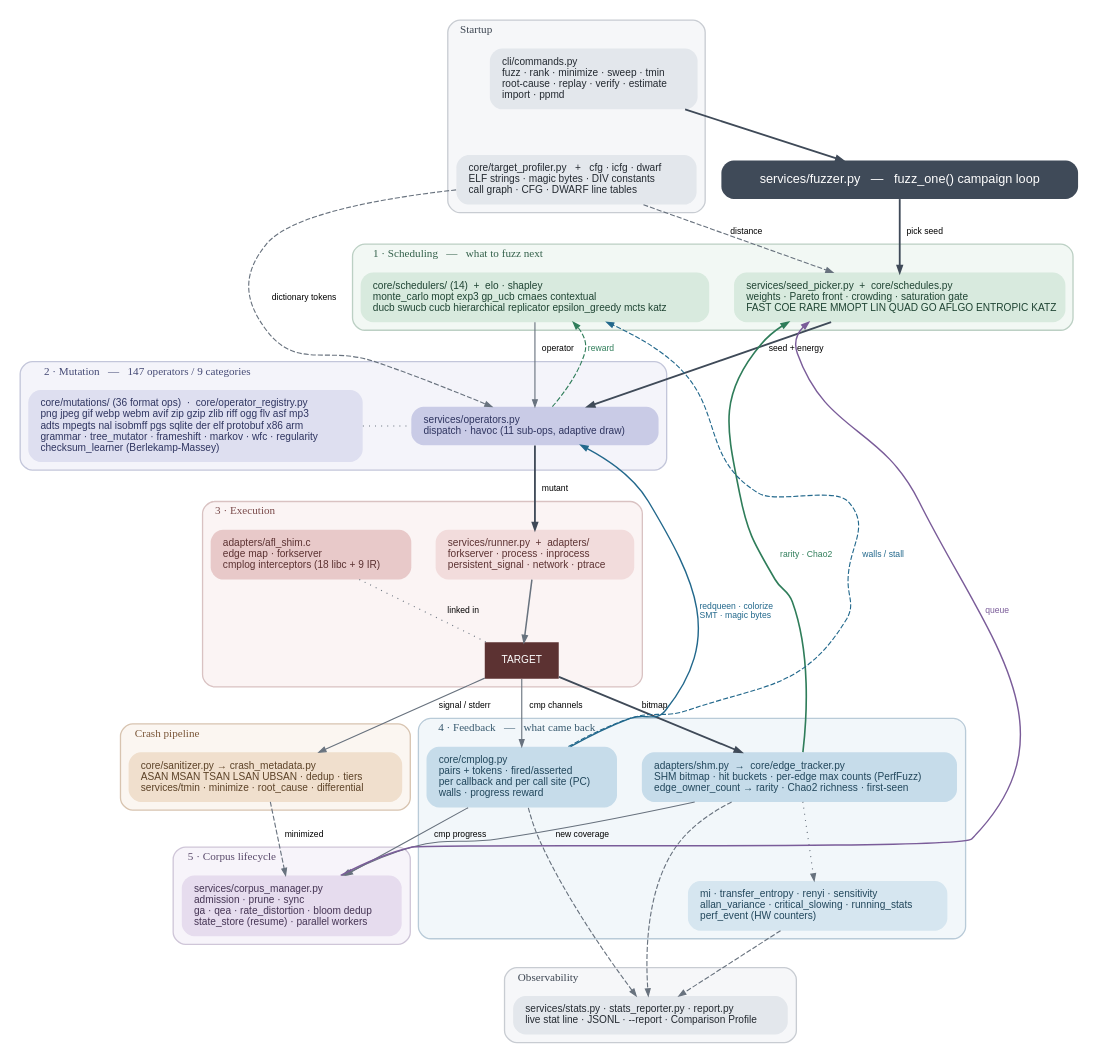
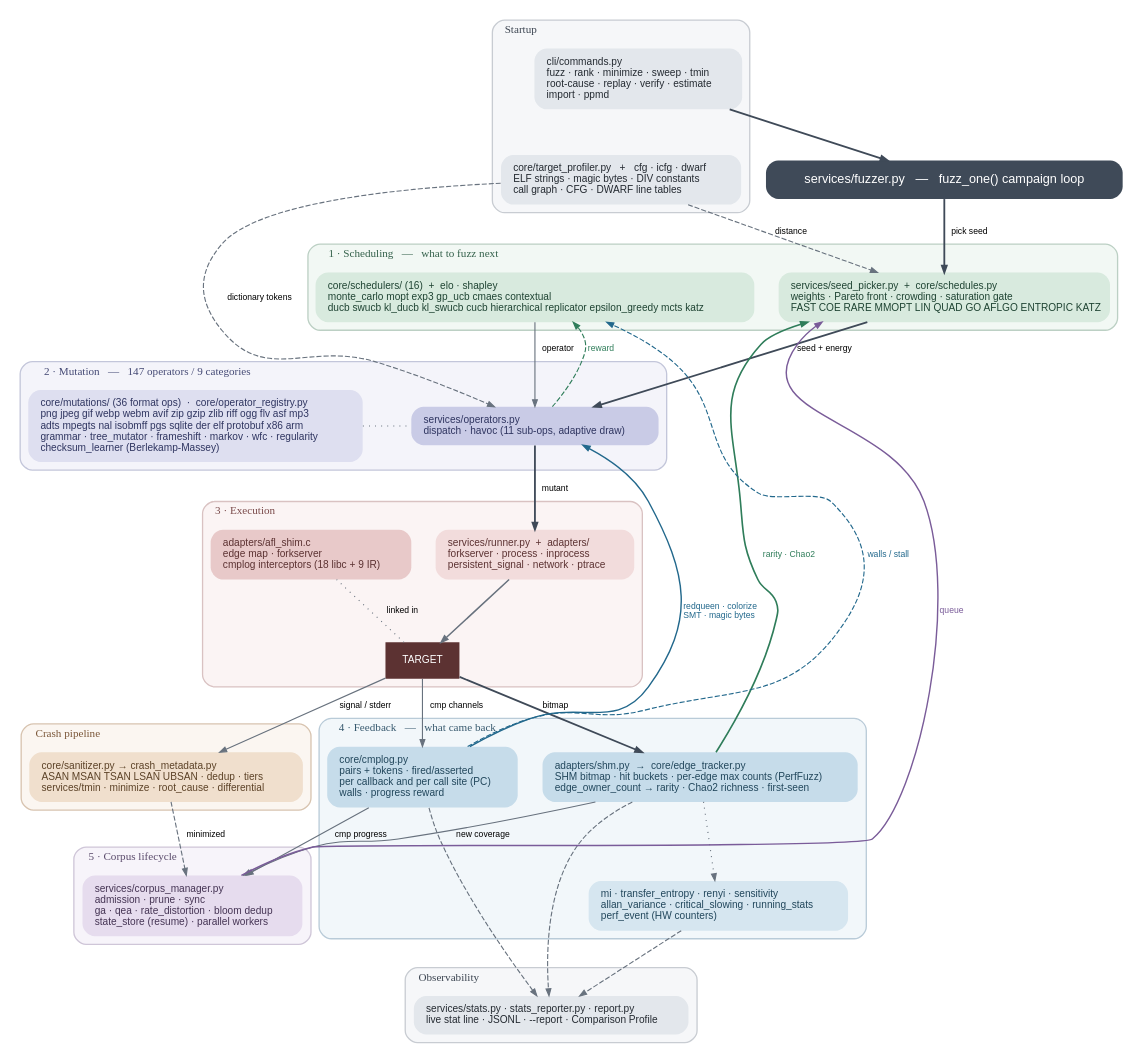
The diagram in docs/architecture.dot (daedalus/fuzzer), drawn with Graphviz before and after one commit. The commit also changed 18 other files, not shown here.

Commit message:
feat: promote KL-UCB to full peer schedulers (KL_DUCB, KL_SWUCB)

```diff
--- a/docs/architecture.dot
+++ b/docs/architecture.dot
@@ -1,162 +1,162 @@
 // fuzzer-tool subsystem architecture.
 //
 // Regenerate with:
 //   dot -Tpng -Gdpi=130 docs/architecture.dot -o docs/images/architecture.png
 //   dot -Tsvg            docs/architecture.dot -o docs/images/architecture.svg
 //
 // Node labels carry the real module paths under src/fuzzer_tool/, so the
 // diagram can be checked against the tree rather than trusted. Boxes are
 // subsystems, not files: a single box may cover several modules, and the
 // per-module detail lives in the README sections and docs/DEEP_DIVE.md.
 //
 // Reading order: the campaign loop runs down the dark spine -- pick a
 // seed, mutate it, execute it, measure what came back. The coloured edges
 // on the right are the return paths that close the loop:
 //   green  = coverage and reward feeding scheduling
 //   blue   = comparison signal feeding mutation and stall detection
 //   purple = corpus queue feeding seed selection
 
 digraph fuzzer_tool {
     rankdir=TB;
     compound=true;
     newrank=true;
     bgcolor="white";
     splines=spline;
     nodesep=0.34;
     ranksep=0.60;
 
     node [shape=box, style="rounded,filled", fontname="Helvetica",
           fontsize=10, margin="0.17,0.11", penwidth=0, color="#00000000"];
     edge [fontname="Helvetica", fontsize=8.5, color="#68727e",
           arrowsize=0.68, penwidth=1.1];
     graph [fontname="Helvetica Bold", fontsize=11,
            style="rounded,filled", penwidth=1.3, labeljust="l"];
 
     // ---------------------------------------------------------- startup
     subgraph cluster_start {
         label="Startup";
         color="#c8ccd2"; fillcolor="#f6f7f9"; fontcolor="#3c4551";
         cli [label="cli/commands.py\lfuzz · rank · minimize · sweep · tmin\lroot-cause · replay · verify · estimate\limport · ppmd\l",
              fillcolor="#e3e7ec", fontcolor="#242a31"];
         profiler [label="core/target_profiler.py   +   cfg · icfg · dwarf\lELF strings · magic bytes · DIV constants\lcall graph · CFG · DWARF line tables\l",
                   fillcolor="#e3e7ec", fontcolor="#242a31"];
     }
 
     fuzzer [label="services/fuzzer.py   —   fuzz_one() campaign loop",
             fillcolor="#3f4a58", fontcolor="white", fontsize=12.5,
             margin="0.28,0.16"];
 
     // ------------------------------------------------------- scheduling
     subgraph cluster_sched {
         label="1 · Scheduling   —   what to fuzz next";
         color="#bcd0c4"; fillcolor="#f2f8f4"; fontcolor="#33604a";
         picker [label="services/seed_picker.py  +  core/schedules.py\lweights · Pareto front · crowding · saturation gate\lFAST COE RARE MMOPT LIN QUAD GO AFLGO ENTROPIC KATZ\l",
                 fillcolor="#d8eade", fontcolor="#1f4433"];
-        bandit [label="core/schedulers/ (14)  +  elo · shapley\lmonte_carlo mopt exp3 gp_ucb cmaes contextual\lducb swucb cucb hierarchical replicator epsilon_greedy mcts katz\l",
+        bandit [label="core/schedulers/ (16)  +  elo · shapley\lmonte_carlo mopt exp3 gp_ucb cmaes contextual\lducb swucb kl_ducb kl_swucb cucb hierarchical replicator epsilon_greedy mcts katz\l",
                 fillcolor="#d8eade", fontcolor="#1f4433"];
     }
 
     // --------------------------------------------------------- mutation
     subgraph cluster_mut {
         label="2 · Mutation   —   147 operators / 9 categories";
         color="#c3c6da"; fillcolor="#f4f4fa"; fontcolor="#454a75";
         ops [label="services/operators.py\ldispatch · havoc (11 sub-ops, adaptive draw)\l",
              fillcolor="#c9cbe6", fontcolor="#2f3560"];
         lib [label="core/mutations/ (36 format ops)  ·  core/operator_registry.py\lpng jpeg gif webp webm avif zip gzip zlib riff ogg flv asf mp3\ladts mpegts nal isobmff pgs sqlite der elf protobuf x86 arm\lgrammar · tree_mutator · frameshift · markov · wfc · regularity\lchecksum_learner (Berlekamp-Massey)\l",
              fillcolor="#dedff0", fontcolor="#2f3560"];
     }
 
     // -------------------------------------------------------- execution
     subgraph cluster_exec {
         label="3 · Execution";
         color="#d9c2c2"; fillcolor="#fbf4f4"; fontcolor="#7a4a4a";
         runner [label="services/runner.py  +  adapters/\lforkserver · process · inprocess\lpersistent_signal · network · ptrace\l",
                 fillcolor="#f2dcdc", fontcolor="#5c3232"];
         shim [label="adapters/afl_shim.c\ledge map · forkserver\lcmplog interceptors (18 libc + 9 IR)\l",
               fillcolor="#e8c9c9", fontcolor="#5c3232"];
         target [label="TARGET", fillcolor="#5c3232", fontcolor="white",
                 shape=box, style="filled", margin="0.24,0.14"];
     }
 
     // --------------------------------------------------------- feedback
     subgraph cluster_fb {
         label="4 · Feedback   —   what came back";
         color="#b9cbd8"; fillcolor="#f2f7fa"; fontcolor="#37596e";
         cov [label="adapters/shm.py  →  core/edge_tracker.py\lSHM bitmap · hit buckets · per-edge max counts (PerfFuzz)\ledge_owner_count → rarity · Chao2 richness · first-seen\l",
              fillcolor="#c6dcea", fontcolor="#22475c"];
         cmplog [label="core/cmplog.py\lpairs + tokens · fired/asserted\lper callback and per call site (PC)\lwalls · progress reward\l",
                 fillcolor="#c6dcea", fontcolor="#22475c"];
         infoth [label="mi · transfer_entropy · renyi · sensitivity\lallan_variance · critical_slowing · running_stats\lperf_event (HW counters)\l",
                 fillcolor="#d6e6f0", fontcolor="#22475c"];
     }
 
     // ----------------------------------------------------------- sinks
     subgraph cluster_corpus {
         label="5 · Corpus lifecycle";
         color="#cfc6d8"; fillcolor="#f7f4fa"; fontcolor="#5a4a6b";
         corpus [label="services/corpus_manager.py\ladmission · prune · sync\lga · qea · rate_distortion · bloom dedup\lstate_store (resume) · parallel workers\l",
                 fillcolor="#e6dcee", fontcolor="#453454"];
     }
 
     subgraph cluster_crash {
         label="Crash pipeline";
         color="#d8c4b0"; fillcolor="#fbf6f1"; fontcolor="#7a5638";
         crash [label="core/sanitizer.py → crash_metadata.py\lASAN MSAN TSAN LSAN UBSAN · dedup · tiers\lservices/tmin · minimize · root_cause · differential\l",
                fillcolor="#f0dfcd", fontcolor="#5c4227"];
     }
 
     subgraph cluster_obs {
         label="Observability";
         color="#c8ccd2"; fillcolor="#f6f7f9"; fontcolor="#3c4551";
         obs [label="services/stats.py · stats_reporter.py · report.py\llive stat line · JSONL · --report · Comparison Profile\l",
              fillcolor="#e3e7ec", fontcolor="#242a31"];
     }
 
     // ------------------------------------------------------------ spine
     cli -> fuzzer [penwidth=1.8, color="#3f4a58"];
     fuzzer -> picker [penwidth=1.8, color="#3f4a58", label="  pick seed"];
     picker -> ops [penwidth=1.8, color="#3f4a58", label="  seed + energy"];
     ops -> runner [penwidth=1.8, color="#3f4a58", label="  mutant"];
     runner -> target [penwidth=1.5];
     target -> cov [penwidth=1.8, color="#3f4a58", label="  bitmap"];
 
     // startup feeds
     profiler -> ops [style=dashed, label="dictionary tokens  "];
     profiler -> picker [style=dashed, label="distance  "];
 
     // within-stage
     bandit -> ops [label="  operator"];
     lib -> ops [dir=none, style=dotted];
     shim -> target [dir=none, style=dotted, label="  linked in"];
 
     // target outputs
     target -> cmplog [label="  cmp channels"];
     target -> crash [label="  signal / stderr"];
 
     // downstream
     cov -> infoth [style=dotted];
     cov -> corpus [label="  new coverage"];
     cmplog -> corpus [label="  cmp progress"];
     crash -> corpus [style=dashed, label="  minimized"];
 
     cov -> obs [style=dashed];
     cmplog -> obs [style=dashed];
     infoth -> obs [style=dashed];
 
     // ------------------------------------------------------ return edges
     cov -> picker [constraint=false, color="#2f7d5a", penwidth=1.6,
                    label="rarity · Chao2  ", fontcolor="#2f7d5a"];
     corpus -> picker [constraint=false, color="#7a5c99", penwidth=1.4,
                       label="queue  ", fontcolor="#7a5c99"];
     ops -> bandit [constraint=false, style=dashed, color="#2f7d5a",
                    label="reward  ", fontcolor="#2f7d5a"];
     cmplog -> ops [constraint=false, color="#22688c", penwidth=1.4,
                    label="  redqueen · colorize\l  SMT · magic bytes\l",
                    fontcolor="#22688c"];
     cmplog -> bandit [constraint=false, style=dashed, color="#22688c",
                       label="walls / stall  ", fontcolor="#22688c"];
 
     { rank=same; picker; bandit; }
     { rank=same; ops; lib; }
     { rank=same; cov; cmplog; }
 }
```
